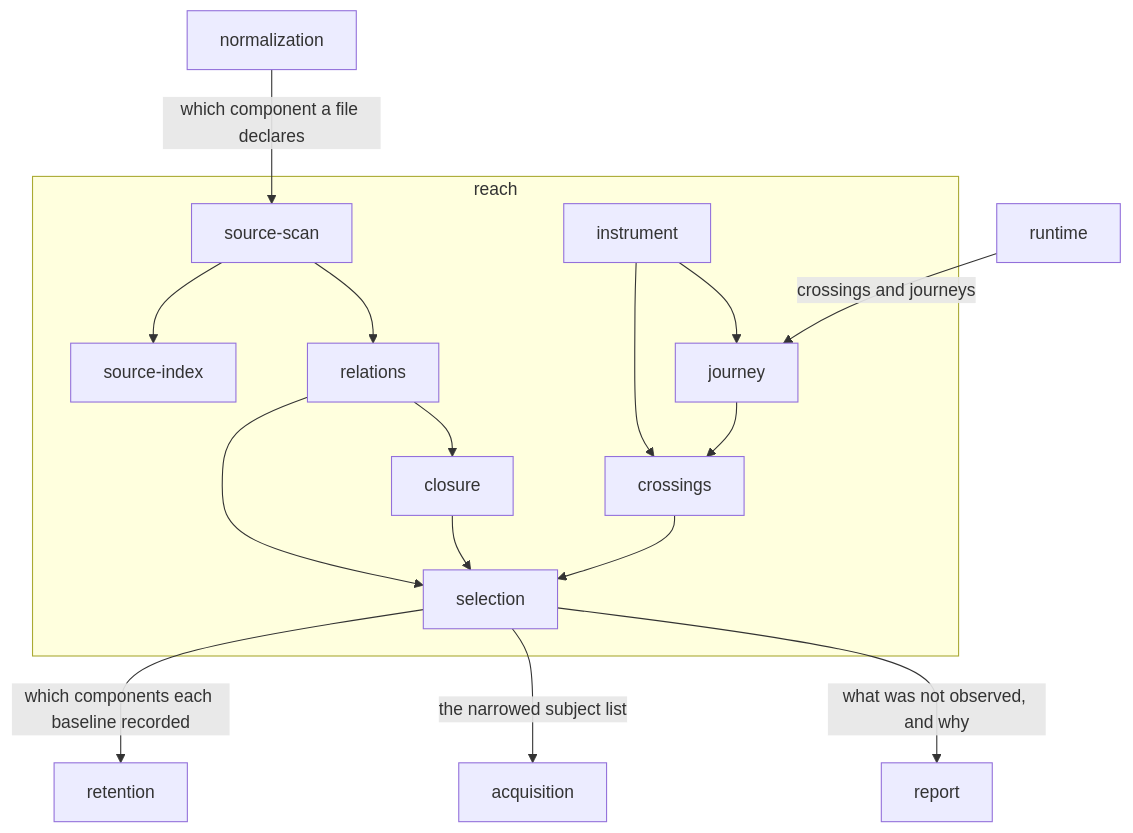
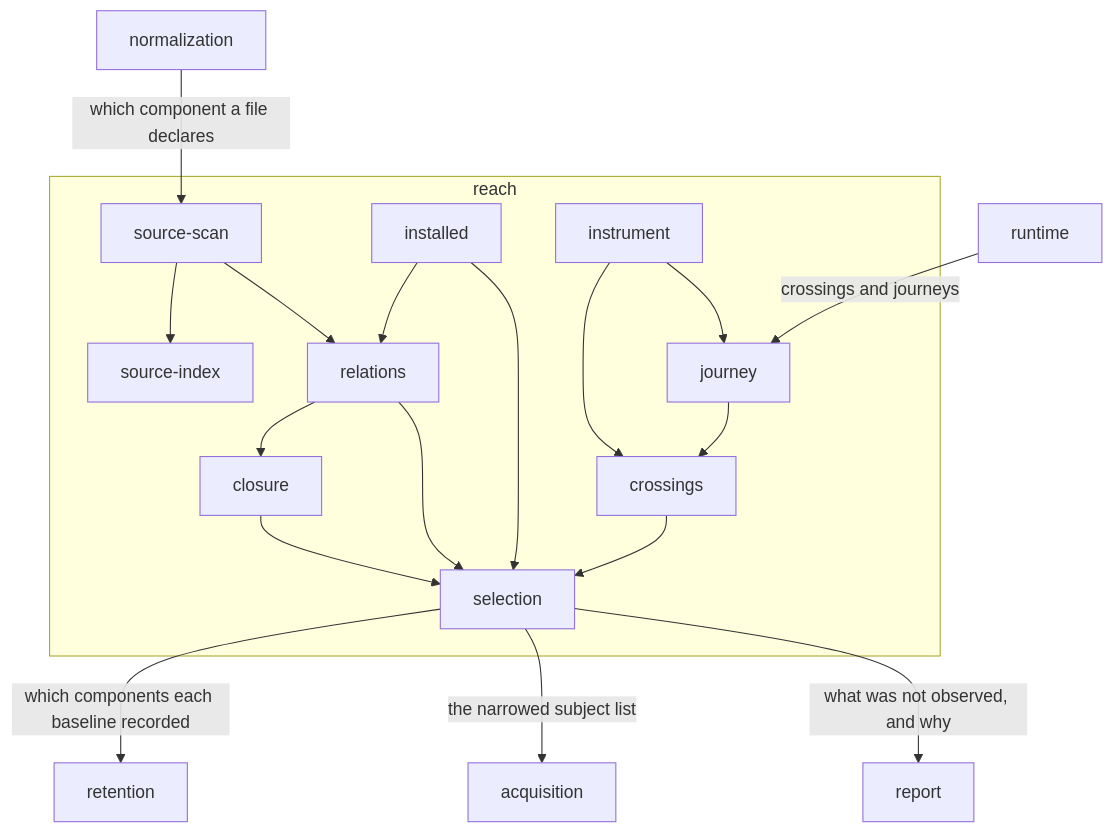
One commit to Variance-Authority/variance-authority changed the diagram in .compass/variance-authority/reach/README.md. Above: the diagram before and after it, drawn with Mermaid. The commit also changed other lines of this file and 44 other files, not shown here.

````diff
--- a/.compass/variance-authority/reach/README.md
+++ b/.compass/variance-authority/reach/README.md
@@ -140,21 +143,23 @@
 ```mermaid
 flowchart TB
   NORM[normalization] -->|which component a file declares| SCAN
 
   subgraph reach
     SCAN[source-scan] --> INDEX[source-index]
     SCAN --> REL[relations]
+    INS[installed] --> REL
+    INS --> SEL
     REL --> CLO[closure]
     REL --> SEL[selection]
     CLO --> SEL
     INST[instrument] --> CROSS[crossings]
     INST --> JRN[journey]
     JRN --> CROSS
     CROSS --> SEL
   end
 
   RUN[runtime] -->|crossings and journeys| JRN
   SEL -->|which components each baseline recorded| RET[retention]
   SEL -->|the narrowed subject list| ACQ[acquisition]
   SEL -->|what was not observed, and why| REP[report]
 ```
````
